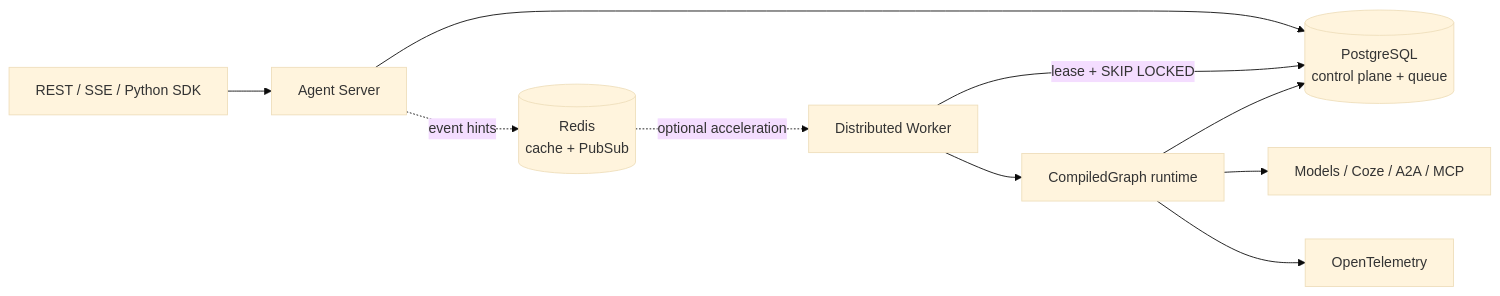
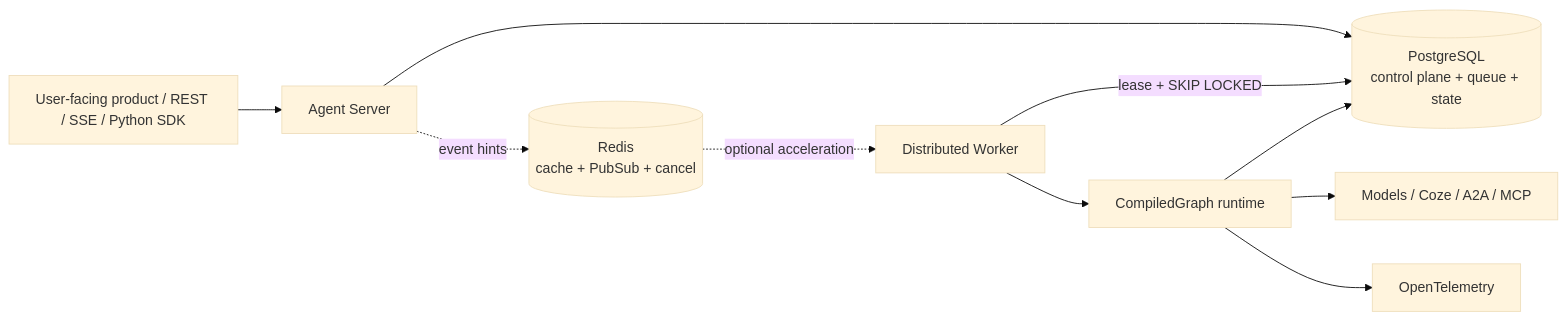
Before and after one commit to LingXi-Org/LingxiGraph: the second of 2 diagrams in README.en.md, drawn with Mermaid (base theme). The commit also changed other lines of this file and 143 other files, not shown here.

````diff
--- a/README.en.md
+++ b/README.en.md
@@ -162,12 +195,12 @@
 ```mermaid
 flowchart LR
-  Client["REST / SSE / Python SDK"] --> API["Agent Server"]
-  API --> PG[("PostgreSQL\ncontrol plane + queue")]
-  API -. "event hints" .-> Redis[("Redis\ncache + PubSub")]
+  Client["User-facing product / REST / SSE / Python SDK"] --> API["Agent Server"]
+  API --> PG[("PostgreSQL\ncontrol plane + queue + state")]
+  API -. "event hints" .-> Redis[("Redis\ncache + PubSub + cancel")]
   Worker["Distributed Worker"] -->|"lease + SKIP LOCKED"| PG
   Redis -. "optional acceleration" .-> Worker
   Worker --> Runtime["CompiledGraph runtime"]
   Runtime --> PG
   Runtime --> Remote["Models / Coze / A2A / MCP"]
   Runtime --> OTel["OpenTelemetry"]
 ```
````
